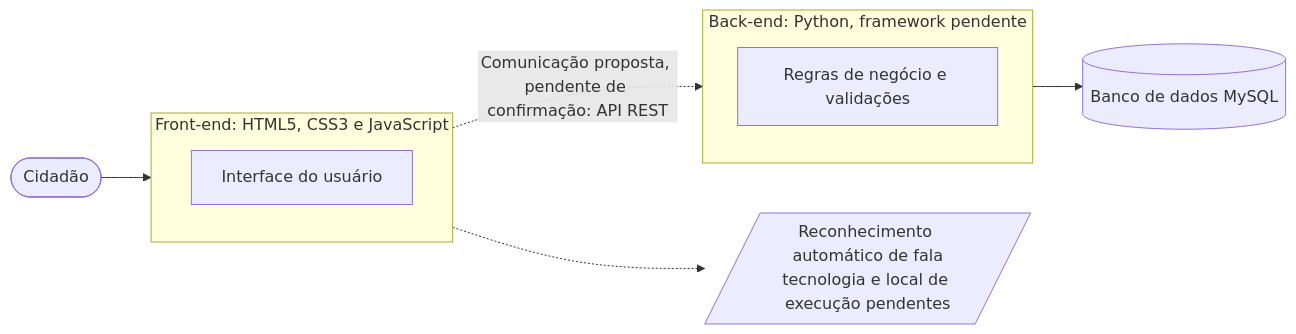
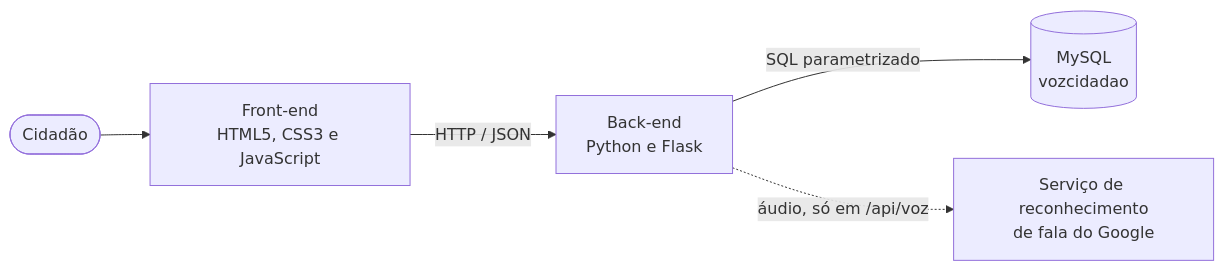
One commit to Dudad771/ProjetoVozCidadao changed the second of 6 diagrams in README.md. Above: the diagram before and after it, drawn with Mermaid. The commit also changed other lines of this file, not shown here.

````diff
--- a/README.md
+++ b/README.md
@@ -239,19 +234,7 @@
 ```mermaid
 flowchart LR
-    U([Cidadão]) --> FE
-
-    subgraph FE["Front-end: HTML5, CSS3 e JavaScript"]
-        UI[Interface do usuário]
-    end
-
-    ASR[/"Reconhecimento automático de fala<br/>tecnologia e local de execução pendentes"/]
-    FE -.-> ASR
-
-    FE -. "Comunicação proposta, pendente de confirmação: API REST" .-> BE
-
-    subgraph BE["Back-end: Python, framework pendente"]
-        RN[Regras de negócio e validações]
-    end
-
-    BE --> DB[("Banco de dados MySQL")]
+    U([Cidadão]) --> F[Front-end<br/>HTML5, CSS3 e JavaScript]
+    F -- "HTTP / JSON" --> B[Back-end<br/>Python e Flask]
+    B -- "SQL parametrizado" --> D[(MySQL<br/>vozcidadao)]
+    B -. "áudio, só em /api/voz" .-> G[Serviço de reconhecimento<br/>de fala do Google]
 ```
````
